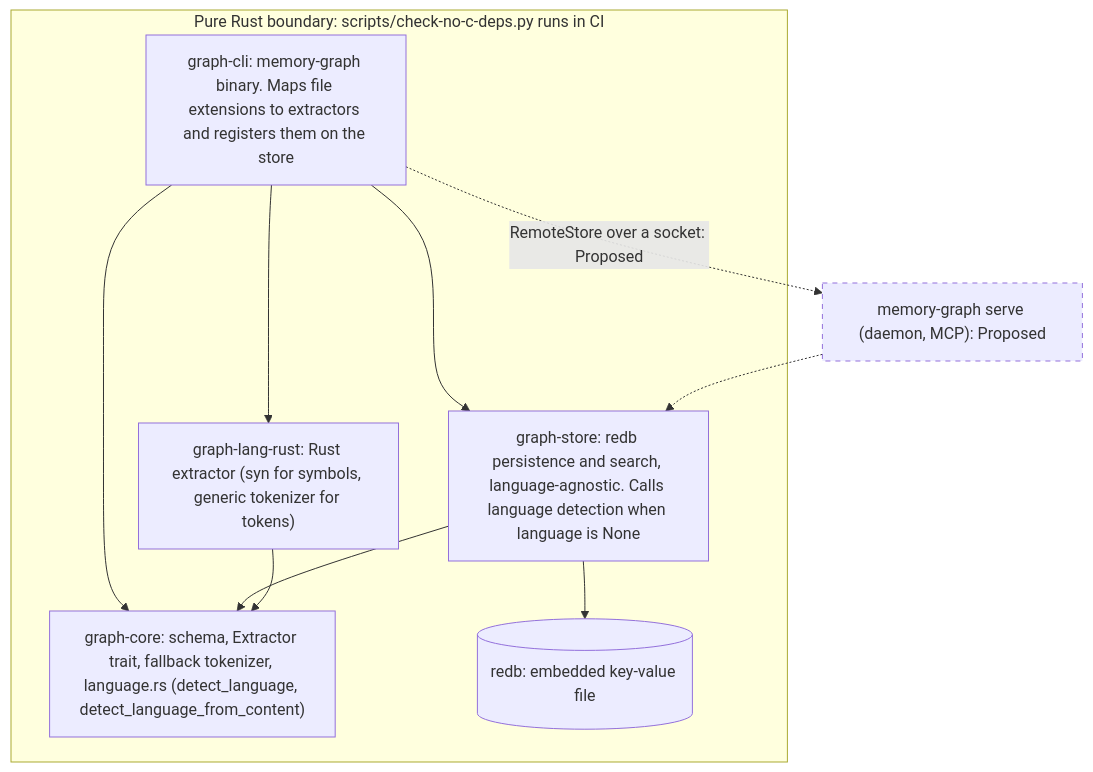
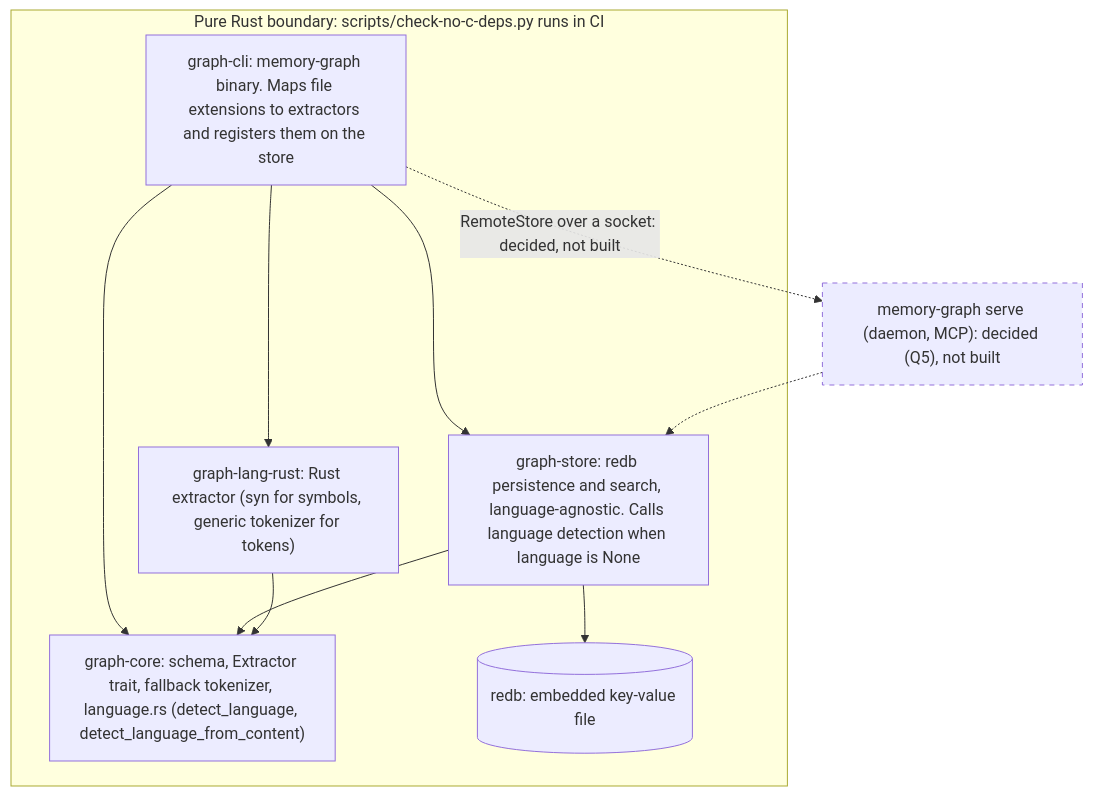
Before and after one commit to P47Phoenix/memory-graph: the fifth of 19 diagrams in docs/architecture-diagrams.md, drawn with Mermaid. The commit also changed other lines of this file and 5 other files, not shown here.

````diff
--- a/docs/architecture-diagrams.md
+++ b/docs/architecture-diagrams.md
@@ -156,20 +156,20 @@
 ```mermaid
 flowchart TD
     subgraph PURE["Pure Rust boundary: scripts/check-no-c-deps.py runs in CI"]
         CLI["graph-cli: memory-graph binary. Maps file extensions to extractors and registers them on the store"]
         LANG["graph-lang-rust: Rust extractor (syn for symbols, generic tokenizer for tokens)"]
         STORE["graph-store: redb persistence and search, language-agnostic. Calls language detection when language is None"]
         CORE["graph-core: schema, Extractor trait, fallback tokenizer, language.rs (detect_language, detect_language_from_content)"]
         REDB[("redb: embedded key-value file")]
         CLI --> STORE
         CLI --> LANG
         CLI --> CORE
         STORE --> CORE
         LANG --> CORE
         STORE --> REDB
     end
-    SERVE["memory-graph serve (daemon, MCP): Proposed"]
+    SERVE["memory-graph serve (daemon, MCP): decided (Q5), not built"]
     SERVE -.-> STORE
-    CLI -.->|"RemoteStore over a socket: Proposed"| SERVE
+    CLI -.->|"RemoteStore over a socket: decided, not built"| SERVE
     style SERVE stroke-dasharray: 5 5
 ```
````
